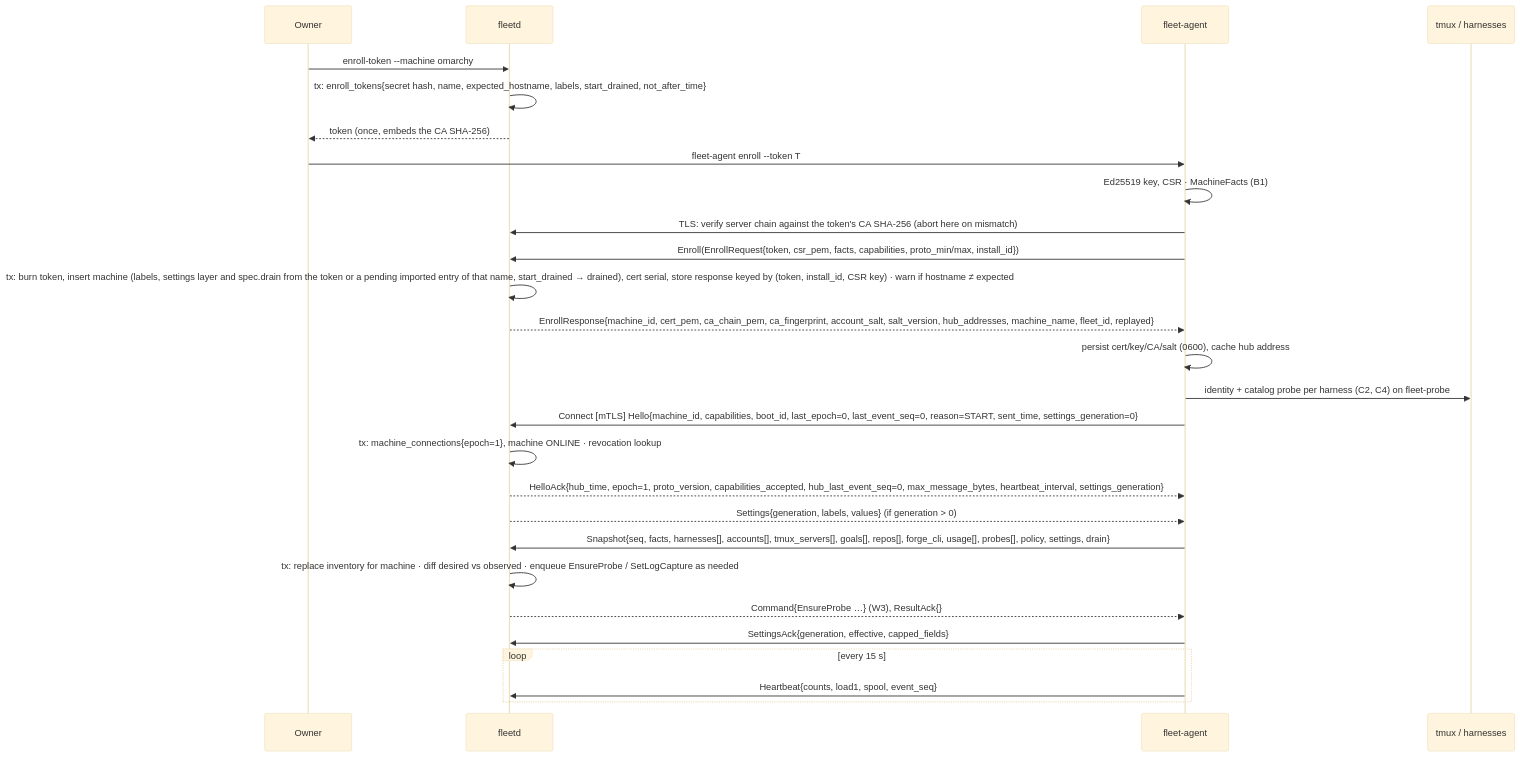
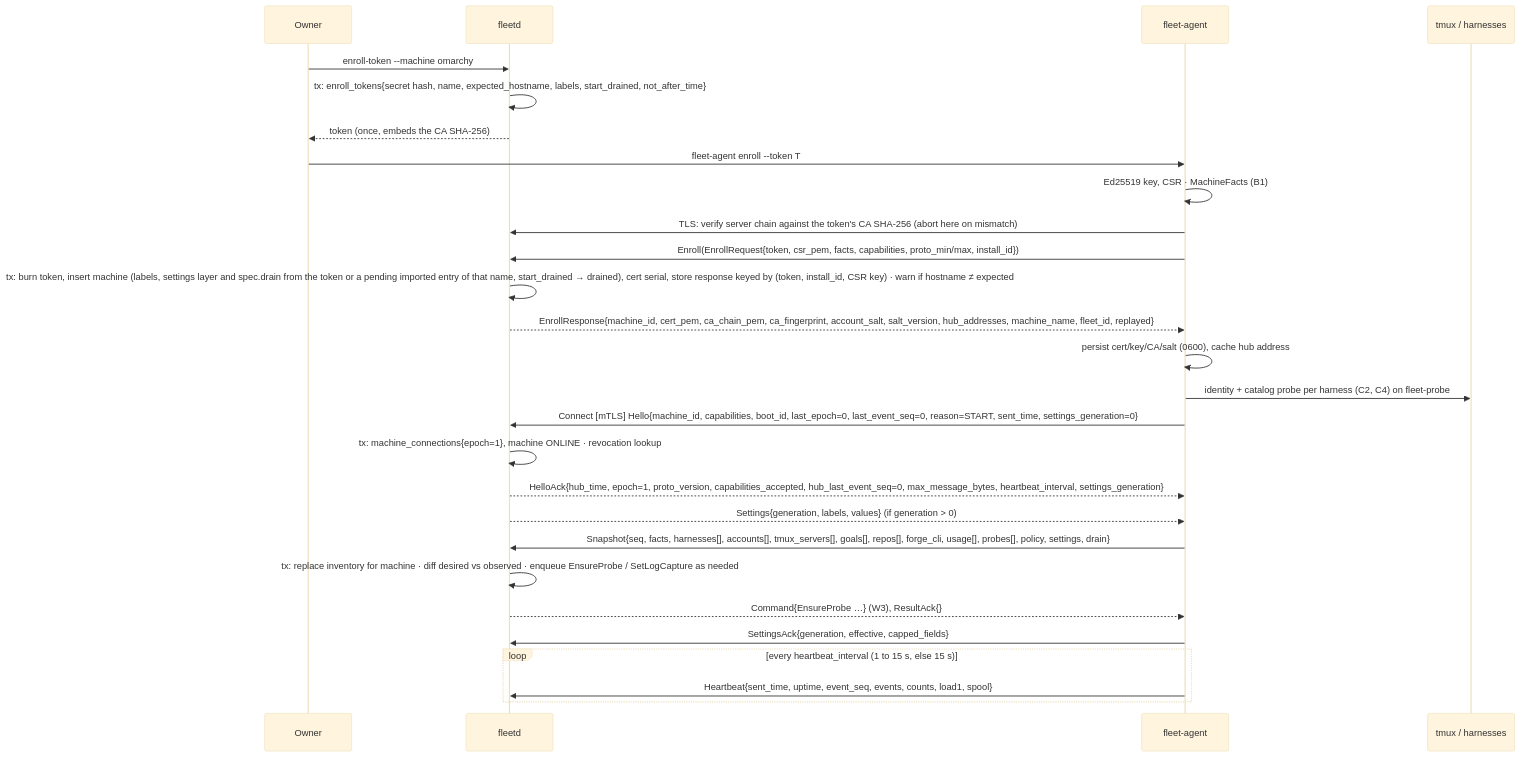
Before and after one commit to linuxdynasty/fleet-board: the first of 2 diagrams in docs/specs/03-workflows.md, drawn with Mermaid (base theme). The commit also changed other lines of this file and 58 other files, not shown here.

````diff
--- a/docs/specs/03-workflows.md
+++ b/docs/specs/03-workflows.md
@@ -95,29 +96,29 @@
 ```mermaid
 sequenceDiagram
   participant O as Owner
   participant H as fleetd
   participant A as fleet-agent
   participant T as tmux / harnesses
   O->>H: enroll-token --machine omarchy
   H->>H: tx: enroll_tokens{secret hash, name, expected_hostname, labels, start_drained, not_after_time}
   H-->>O: token (once, embeds the CA SHA-256)
   O->>A: fleet-agent enroll --token T
   A->>A: Ed25519 key, CSR · MachineFacts (B1)
   A->>H: TLS: verify server chain against the token's CA SHA-256 (abort here on mismatch)
   A->>H: Enroll(EnrollRequest{token, csr_pem, facts, capabilities, proto_min/max, install_id})
   H->>H: tx: burn token, insert machine (labels, settings layer and spec.drain from the token or a pending imported entry of that name, start_drained → drained), cert serial, store response keyed by (token, install_id, CSR key) · warn if hostname ≠ expected
   H-->>A: EnrollResponse{machine_id, cert_pem, ca_chain_pem, ca_fingerprint, account_salt, salt_version, hub_addresses, machine_name, fleet_id, replayed}
   A->>A: persist cert/key/CA/salt (0600), cache hub address
   A->>T: identity + catalog probe per harness (C2, C4) on fleet-probe
   A->>H: Connect [mTLS] Hello{machine_id, capabilities, boot_id, last_epoch=0, last_event_seq=0, reason=START, sent_time, settings_generation=0}
   H->>H: tx: machine_connections{epoch=1}, machine ONLINE · revocation lookup
   H-->>A: HelloAck{hub_time, epoch=1, proto_version, capabilities_accepted, hub_last_event_seq=0, max_message_bytes, heartbeat_interval, settings_generation}
   H-->>A: Settings{generation, labels, values} (if generation > 0)
   A->>H: Snapshot{seq, facts, harnesses[], accounts[], tmux_servers[], goals[], repos[], forge_cli, usage[], probes[], policy, settings, drain}
   H->>H: tx: replace inventory for machine · diff desired vs observed · enqueue EnsureProbe / SetLogCapture as needed
   H-->>A: Command{EnsureProbe …} (W3), ResultAck{}
   A->>H: SettingsAck{generation, effective, capped_fields}
-  loop every 15 s
-    A->>H: Heartbeat{counts, load1, spool, event_seq}
+  loop every heartbeat_interval (1 to 15 s, else 15 s)
+    A->>H: Heartbeat{sent_time, uptime, event_seq, events, counts, load1, spool}
   end
 ```
````
